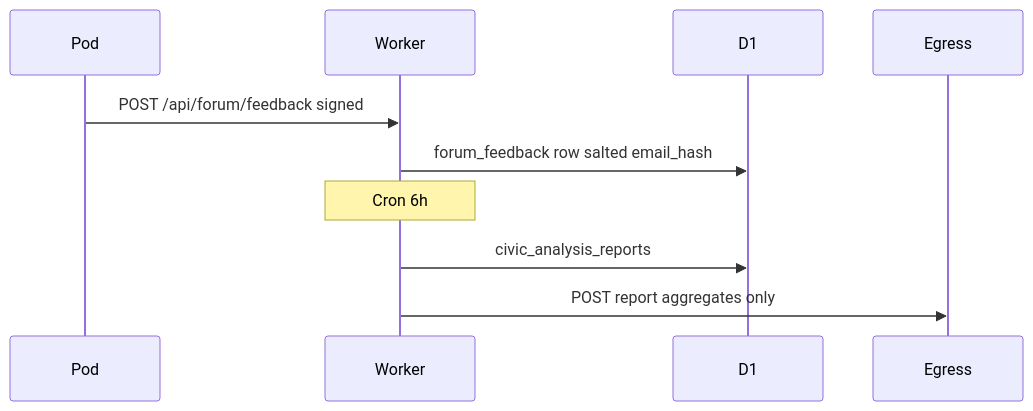
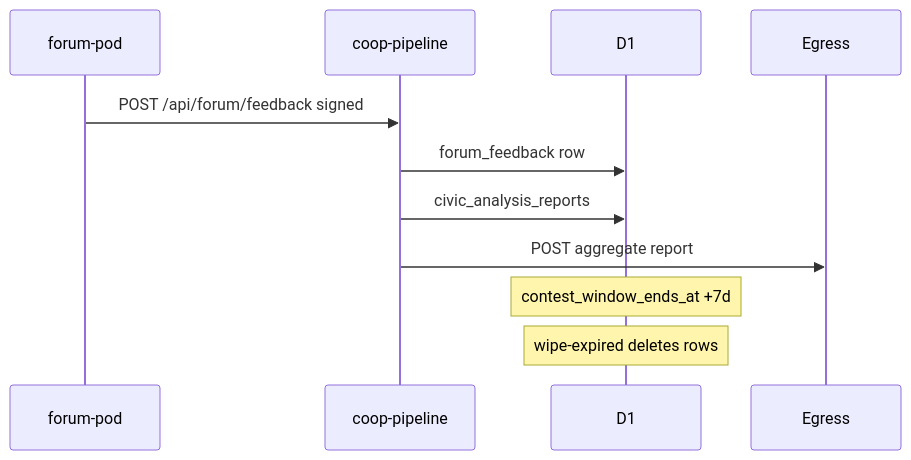
One commit to richard-forum-user/forum-stack changed the diagram in docs/ARCHITECTURE-DATA-FLOW.md. Above: the diagram before and after it, drawn with Mermaid. The commit also changed other lines of this file and 158 other files, not shown here.

First line of the commit message:
Re-consolidate forum-pod-solo into forum-stack monorepo.

````diff
--- a/docs/ARCHITECTURE-DATA-FLOW.md
+++ b/docs/ARCHITECTURE-DATA-FLOW.md
@@ -22,12 +14,13 @@
 ```mermaid
 sequenceDiagram
-  participant Pod
-  participant Worker
+  participant Pod as forum-pod
+  participant Coop as coop-pipeline
   participant D1
   participant Egress
-  Pod->>Worker: POST /api/forum/feedback signed
-  Worker->>D1: forum_feedback row salted email_hash
-  Note over Worker: Cron 6h
-  Worker->>D1: civic_analysis_reports
-  Worker->>Egress: POST report aggregates only
+  Pod->>Coop: POST /api/forum/feedback signed
+  Coop->>D1: forum_feedback row
+  Coop->>D1: civic_analysis_reports
+  Coop->>Egress: POST aggregate report
+  Note over D1: contest_window_ends_at +7d
+  Note over D1: wipe-expired deletes rows
 ```
````
